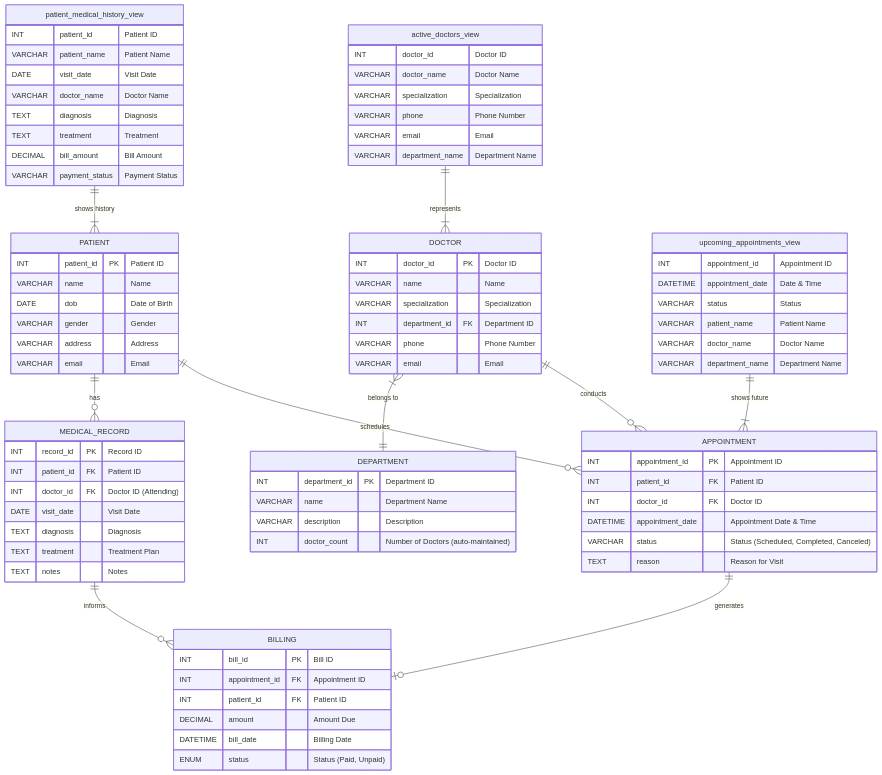
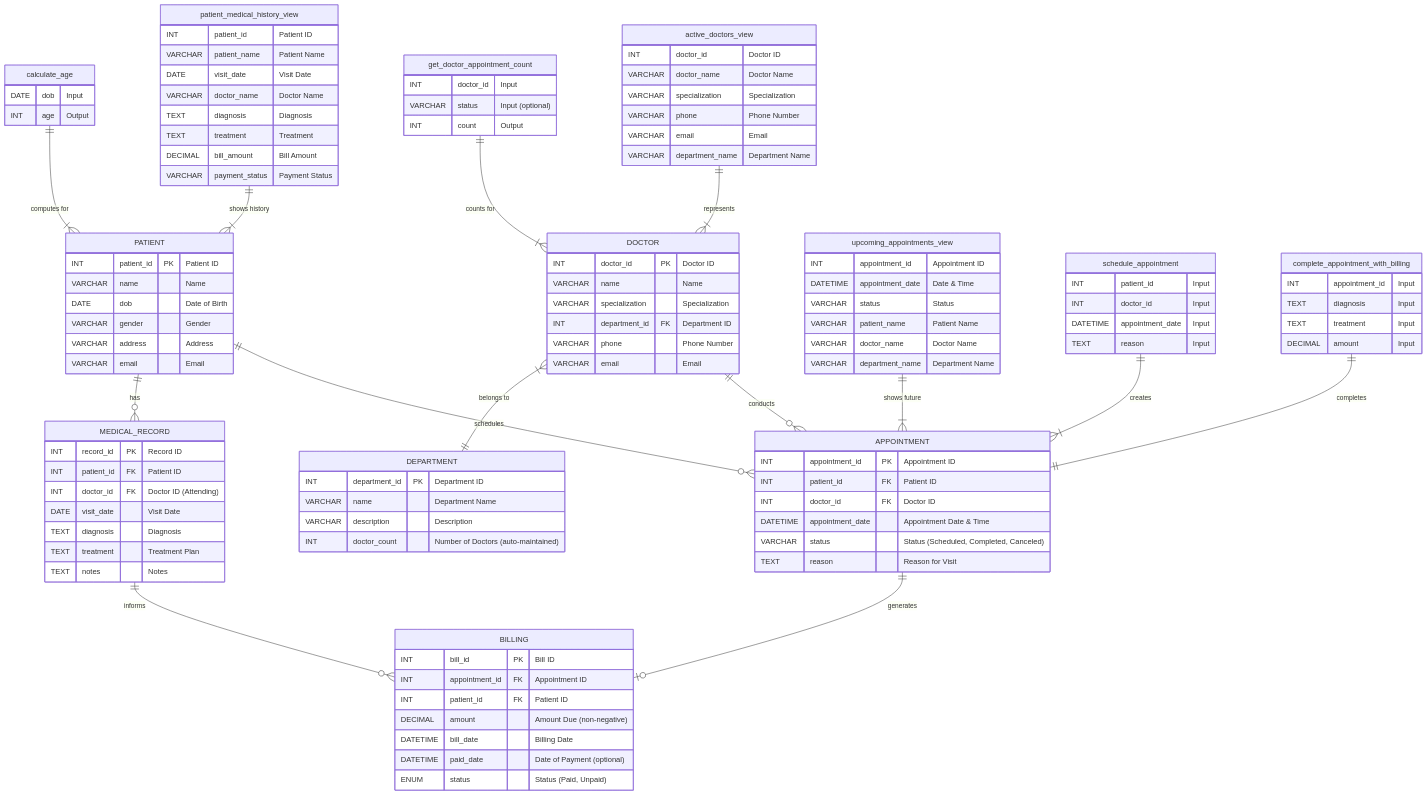
One commit to MrAech/Hotel-Management changed the diagram in ErDiagram.md. Above: the diagram before and after it, drawn with Mermaid. The commit also changed other lines of this file, not shown here.

Commit message:
Updating ER Diagram to better Fit Schema

```diff
--- a/ErDiagram.md
+++ b/ErDiagram.md
@@ -14,6 +14,37 @@
     active_doctors_view ||--|{ DOCTOR : "represents"
     upcoming_appointments_view ||--|{ APPOINTMENT : "shows future"
     patient_medical_history_view ||--|{ PATIENT : "shows history"
+
+    %% Database Functions and Procedures
+    calculate_age ||--|{ PATIENT : "computes for"
+    get_doctor_appointment_count ||--|{ DOCTOR : "counts for"
+    schedule_appointment ||--|{ APPOINTMENT : "creates"
+    complete_appointment_with_billing ||--|| APPOINTMENT : "completes"
+
+    calculate_age {
+        DATE dob "Input"
+        INT age "Output"
+    }
+
+    get_doctor_appointment_count {
+        INT doctor_id "Input"
+        VARCHAR status "Input (optional)"
+        INT count "Output"
+    }
+
+    schedule_appointment {
+        INT patient_id "Input"
+        INT doctor_id "Input"
+        DATETIME appointment_date "Input"
+        TEXT reason "Input"
+    }
+
+    complete_appointment_with_billing {
+        INT appointment_id "Input"
+        TEXT diagnosis "Input"
+        TEXT treatment "Input"
+        DECIMAL amount "Input"
+    }
 
     PATIENT {
         INT patient_id PK "Patient ID"
@@ -48,7 +79,6 @@
         VARCHAR status "Status (Scheduled, Completed, Canceled)"
         TEXT reason "Reason for Visit"
     }
-
     MEDICAL_RECORD {
         INT record_id PK "Record ID"
         INT patient_id FK "Patient ID"
@@ -61,8 +91,9 @@
         INT bill_id PK "Bill ID"
         INT appointment_id FK "Appointment ID"
         INT patient_id FK "Patient ID"
-        DECIMAL amount "Amount Due"
+        DECIMAL amount "Amount Due (non-negative)"
         DATETIME bill_date "Billing Date"
+        DATETIME paid_date "Date of Payment (optional)"
         ENUM status "Status (Paid, Unpaid)"
     }
 
```
